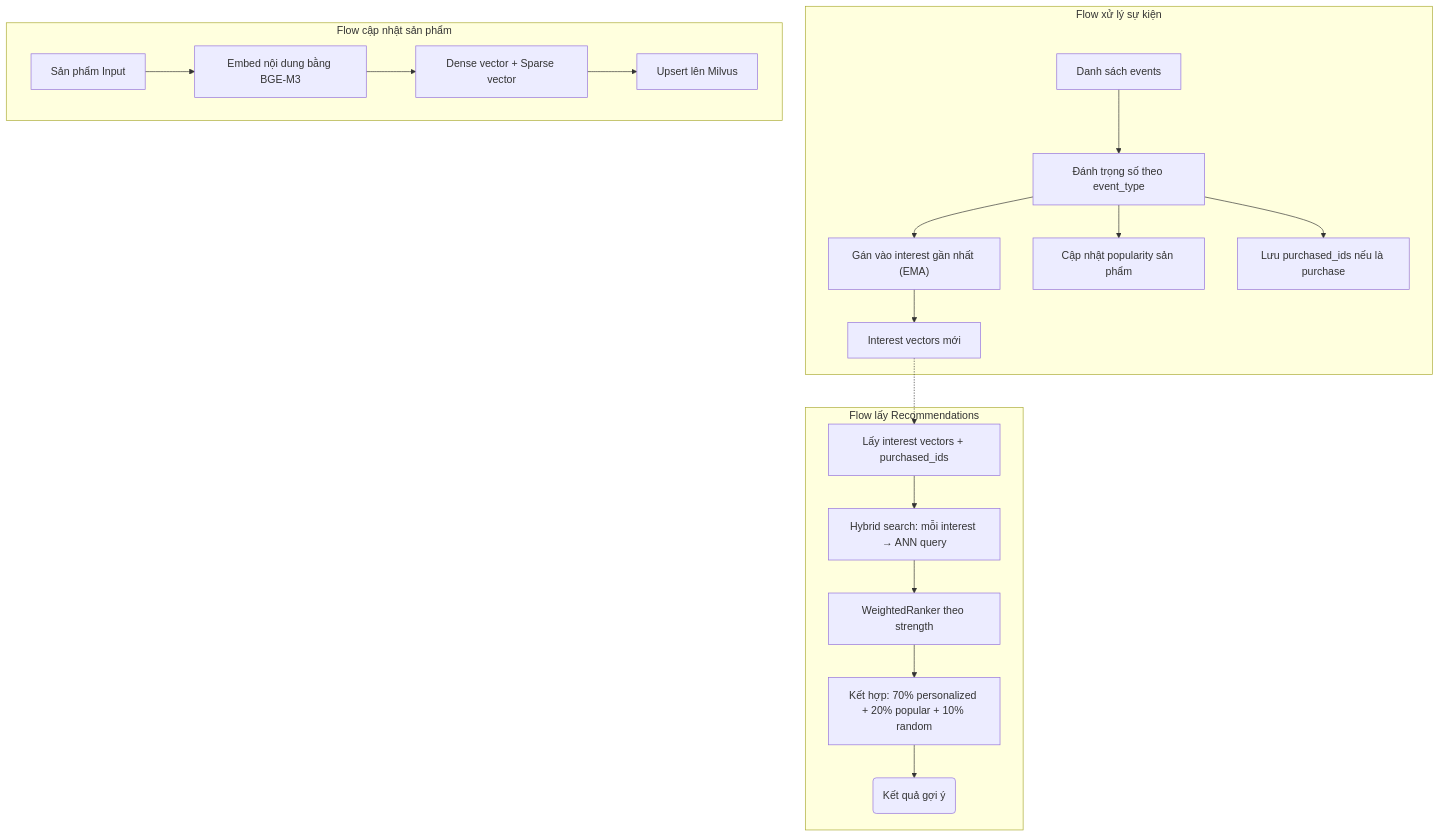
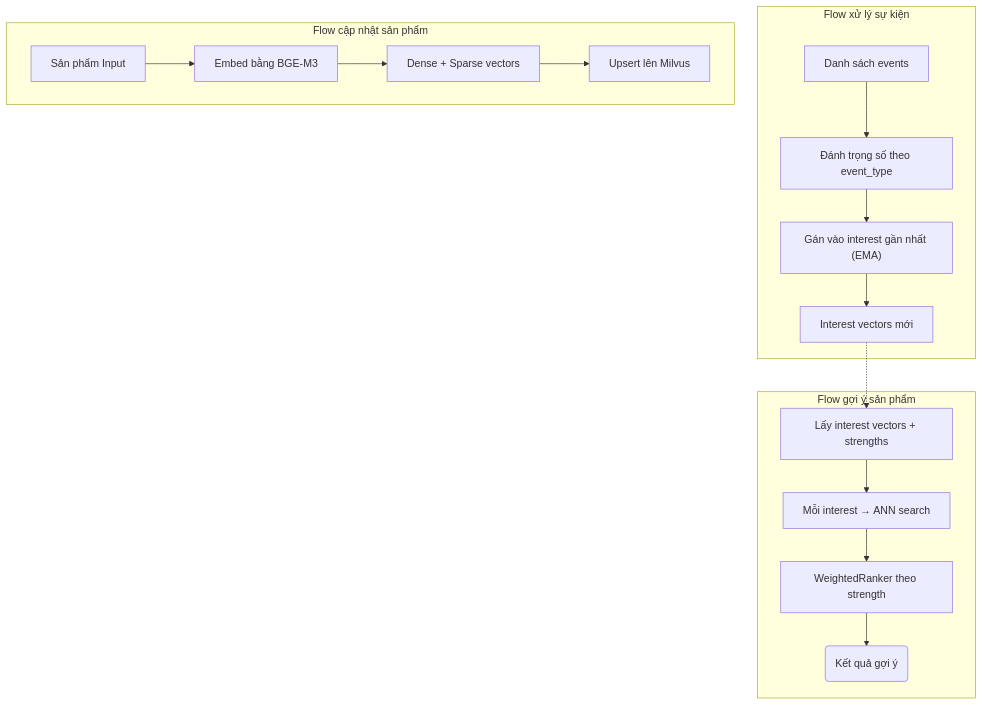
The diagram in README.md (shopnexus/shopnexus-recommender), drawn with Mermaid before and after one commit. The commit also changed other lines of this file and 5 other files, not shown here.

Commit message:
remove popular + random, now service only do embedding things

````diff
--- a/README.md
+++ b/README.md
@@ -98,44 +80,38 @@
 ```mermaid
 flowchart TB
 
-subgraph RecFlow["Flow lấy Recommendations"]
-    R1["Lấy interest vectors + purchased_ids"]
-    R2["Hybrid search: mỗi interest → ANN query"]
+subgraph RecFlow["Flow gợi ý sản phẩm"]
+    R1["Lấy interest vectors + strengths"]
+    R2["Mỗi interest → ANN search"]
     R3["WeightedRanker theo strength"]
-    R4["Kết hợp: 70% personalized + 20% popular + 10% random"]
-    R5("Kết quả gợi ý")
+    R4("Kết quả gợi ý")
 end
 
 subgraph EventFlow["Flow xử lý sự kiện"]
     E1["Danh sách events"]
     E2["Đánh trọng số theo event_type"]
     E3["Gán vào interest gần nhất (EMA)"]
-    E4["Cập nhật popularity sản phẩm"]
-    E5["Lưu purchased_ids nếu là purchase"]
-    E6["Interest vectors mới"]
+    E4["Interest vectors mới"]
 end
 
 subgraph ProductFlow["Flow cập nhật sản phẩm"]
     P1["Sản phẩm Input"]
-    P2["Embed nội dung bằng BGE-M3"]
-    P3["Dense vector + Sparse vector"]
+    P2["Embed bằng BGE-M3"]
+    P3["Dense + Sparse vectors"]
     P4["Upsert lên Milvus"]
 end
 
 R1 --> R2
 R2 --> R3
 R3 --> R4
-R4 --> R5
 
 E1 --> E2
 E2 --> E3
-E2 --> E4
-E2 --> E5
-E3 --> E6
+E3 --> E4
 
 P1 --> P2
 P2 --> P3
 P3 --> P4
 
-E6 -.-> R1
+E4 -.-> R1
 ```
````
